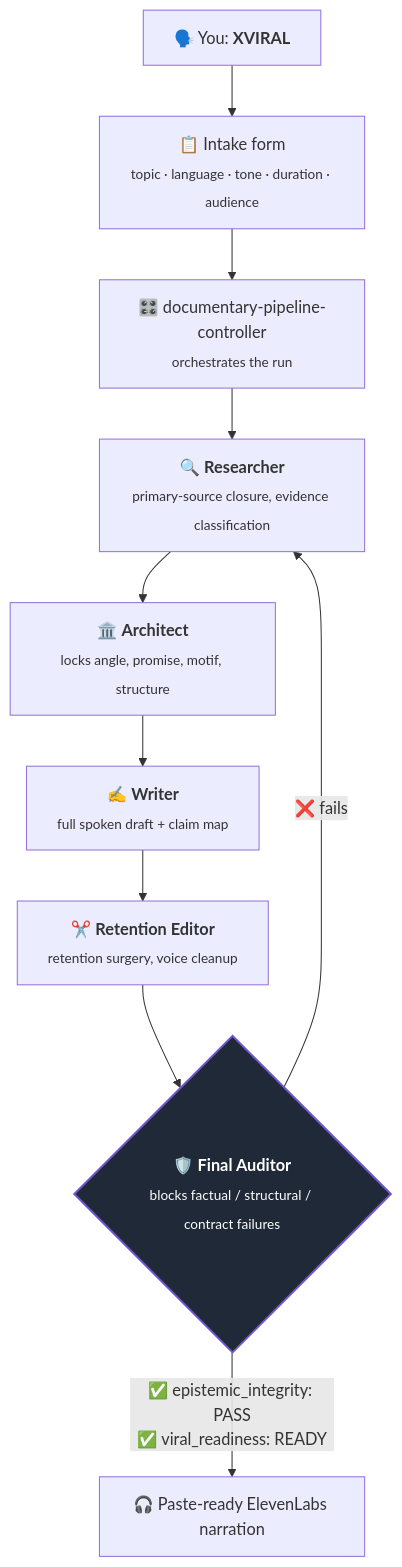
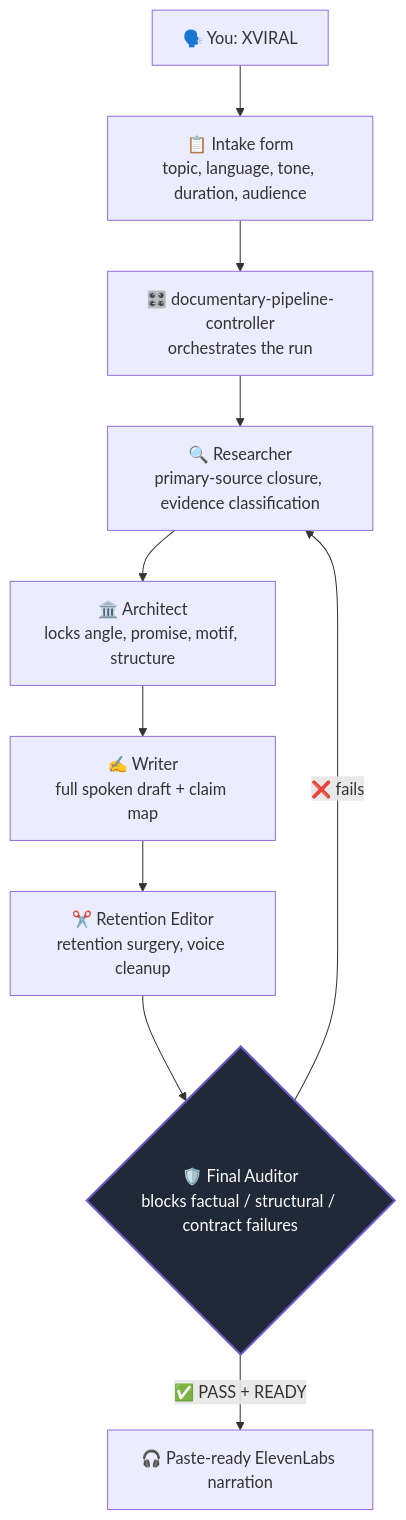
Before and after one commit to iam7erek/xviral: the diagram in README.md, drawn with Mermaid.

Commit message:
Fix Mermaid diagram not rendering on GitHub
GitHub's restricted Mermaid security level only whitelists <br>; the
<b> and <sub> tags in node labels caused a parse failure that hung the
diagram on "loading". Use plain labels with <br/> only.

````diff
--- a/README.md
+++ b/README.md
@@ -37,15 +37,15 @@
 ```mermaid
 flowchart TB
-    you["🗣️ You: <b>XVIRAL</b>"] --> intake["📋 Intake form<br/><sub>topic · language · tone · duration · audience</sub>"]
-    intake --> ctrl["🎛️ documentary-pipeline-controller<br/><sub>orchestrates the run</sub>"]
-    ctrl --> R["🔍 <b>Researcher</b><br/><sub>primary-source closure, evidence classification</sub>"]
-    R --> A["🏛️ <b>Architect</b><br/><sub>locks angle, promise, motif, structure</sub>"]
-    A --> W["✍️ <b>Writer</b><br/><sub>full spoken draft + claim map</sub>"]
-    W --> E["✂️ <b>Retention Editor</b><br/><sub>retention surgery, voice cleanup</sub>"]
-    E --> AU{"🛡️ <b>Final Auditor</b><br/><sub>blocks factual / structural / contract failures</sub>"}
+    you["🗣️ You: XVIRAL"] --> intake["📋 Intake form<br/>topic, language, tone, duration, audience"]
+    intake --> ctrl["🎛️ documentary-pipeline-controller<br/>orchestrates the run"]
+    ctrl --> R["🔍 Researcher<br/>primary-source closure, evidence classification"]
+    R --> A["🏛️ Architect<br/>locks angle, promise, motif, structure"]
+    A --> W["✍️ Writer<br/>full spoken draft + claim map"]
+    W --> E["✂️ Retention Editor<br/>retention surgery, voice cleanup"]
+    E --> AU{"🛡️ Final Auditor<br/>blocks factual / structural / contract failures"}
     AU -->|"❌ fails"| R
-    AU -->|"✅ epistemic_integrity: PASS<br/>✅ viral_readiness: READY"| OUT["🎧 Paste-ready ElevenLabs narration"]
+    AU -->|"✅ PASS + READY"| OUT["🎧 Paste-ready ElevenLabs narration"]
 
     classDef gate fill:#1f2937,stroke:#6E56CF,stroke-width:2px,color:#fff;
     class AU gate;
 ```
````
